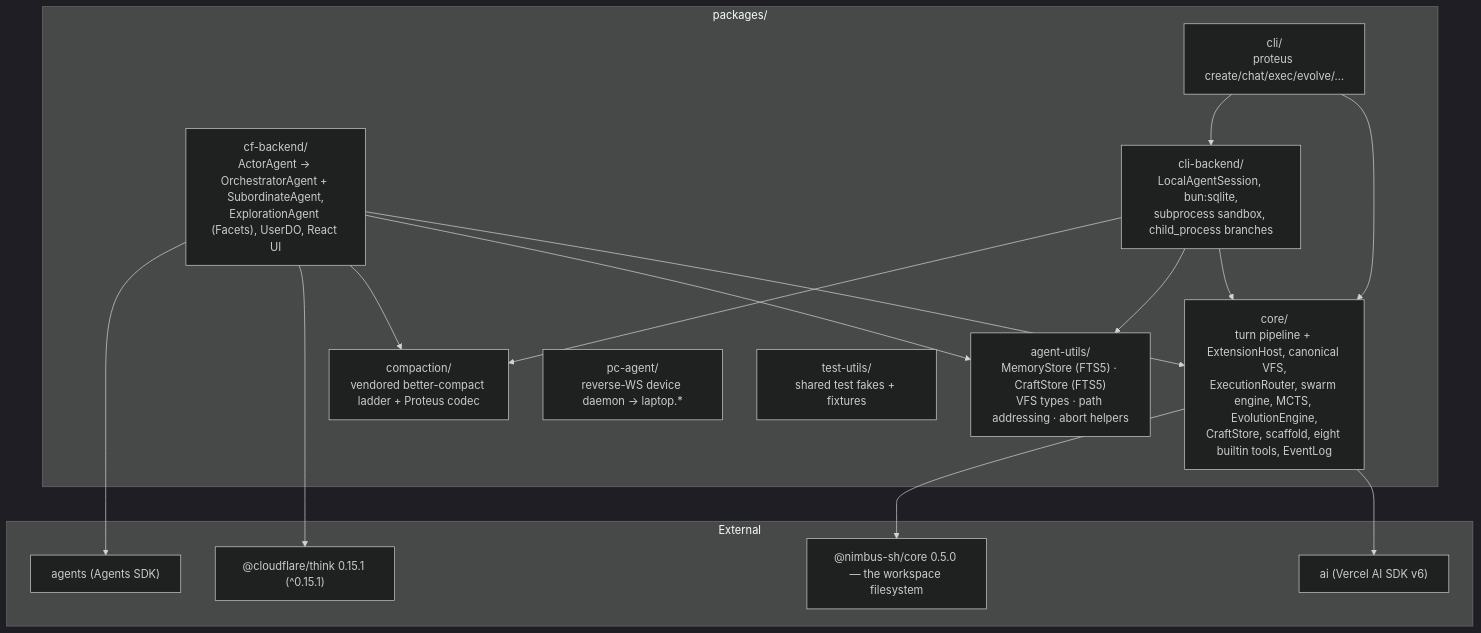
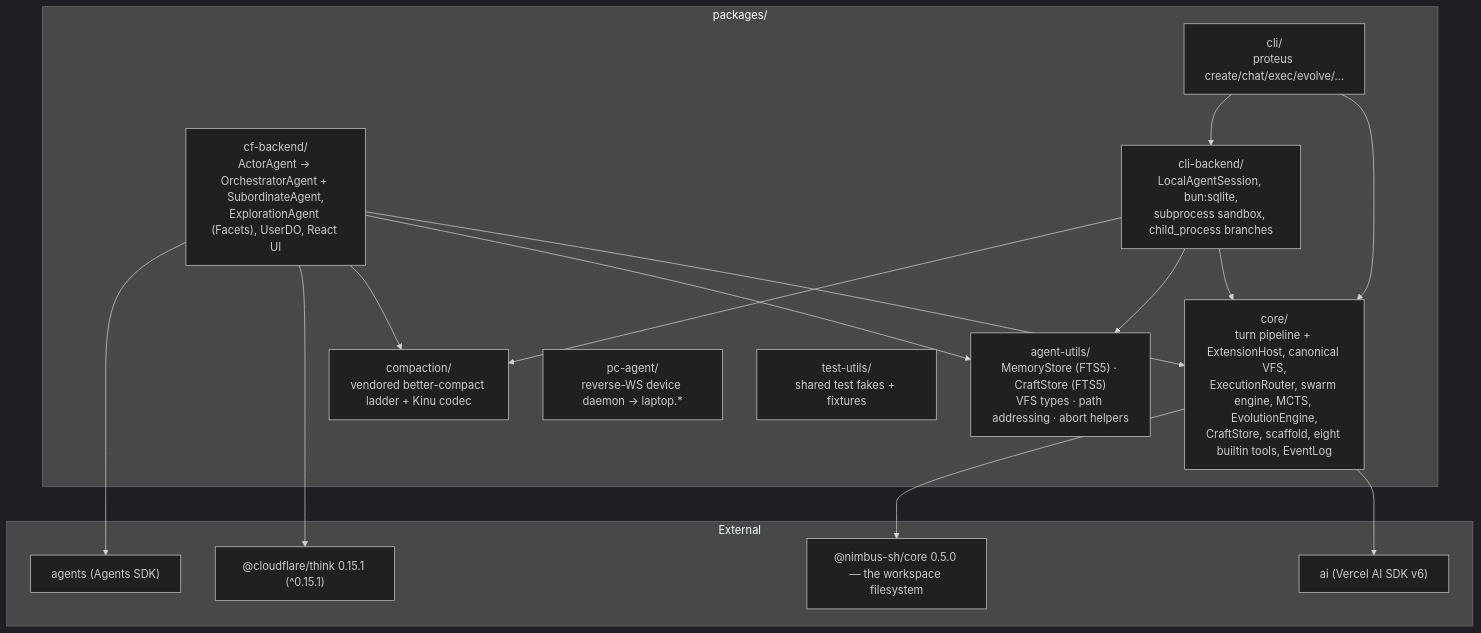
Before and after one commit to AshishKumar4/Proteus: the fifth of 5 diagrams in docs/ARCHITECTURE.md, drawn with Mermaid (dark theme). The commit also changed other lines of this file and 252 other files, not shown here.

````diff
--- a/docs/ARCHITECTURE.md
+++ b/docs/ARCHITECTURE.md
@@ -402,34 +402,34 @@
 ```mermaid
 graph TB
     subgraph pkgs["packages/"]
         Core["core/<br/>turn pipeline + ExtensionHost, canonical VFS,<br/>ExecutionRouter, swarm engine, MCTS, EvolutionEngine,<br/>CraftStore, scaffold, eight builtin tools, EventLog"]
         Utils["agent-utils/<br/>MemoryStore (FTS5) · CraftStore (FTS5)<br/>VFS types · path addressing · abort helpers"]
-        Compact["compaction/<br/>vendored better-compact ladder + Proteus codec"]
+        Compact["compaction/<br/>vendored better-compact ladder + Kinu codec"]
         CF["cf-backend/<br/>ActorAgent → OrchestratorAgent + SubordinateAgent,<br/>ExplorationAgent (Facets), UserDO, React UI"]
         CLI["cli/<br/>proteus create/chat/exec/evolve/…"]
         CLIB["cli-backend/<br/>LocalAgentSession, bun:sqlite,<br/>subprocess sandbox, child_process branches"]
         PC["pc-agent/<br/>reverse-WS device daemon → laptop.*"]
         TU["test-utils/<br/>shared test fakes + fixtures"]
     end
 
     CF --> Core
     CF --> Utils
     CF --> Compact
     CLI --> Core
     CLI --> CLIB
     CLIB --> Core
     CLIB --> Utils
     CLIB --> Compact
 
     subgraph ext["External"]
         Think["@cloudflare/think 0.15.1 (^0.15.1)"]
         Agents["agents (Agents SDK)"]
         AISDK["ai (Vercel AI SDK v6)"]
         Nimbus["@nimbus-sh/core 0.5.0 — the workspace filesystem"]
     end
 
     CF --> Think
     CF --> Agents
     Core --> AISDK
     Core --> Nimbus
 ```
````
